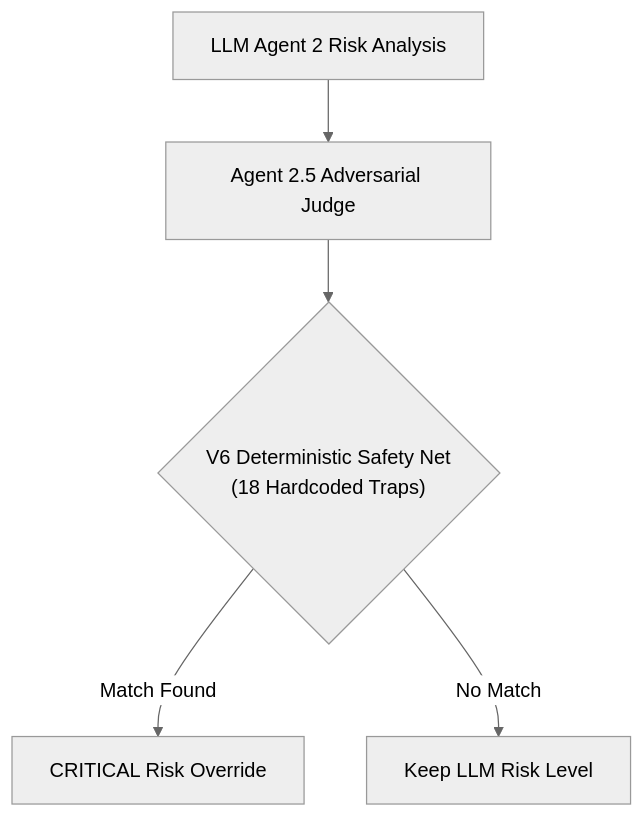
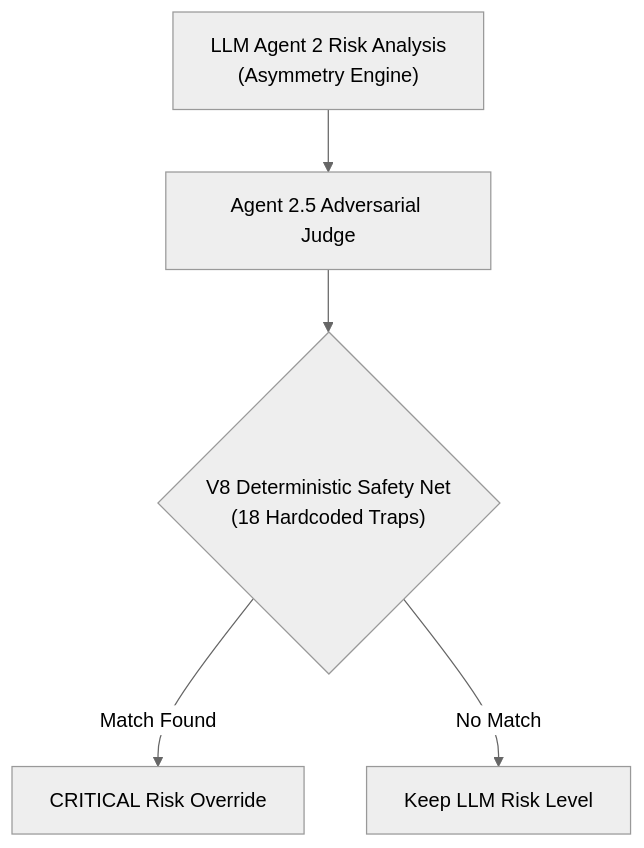
One commit to Aditya2514/LexGuard changed the second of 3 diagrams in README.md. Above: the diagram before and after it, drawn with Mermaid (neutral theme). The commit also changed other lines of this file and 1 other file, not shown here.

Commit message:
docs: Update README and Project Report with V8 architecture details

````diff
--- a/README.md
+++ b/README.md
@@ -76,7 +78,7 @@
 ```mermaid
 graph TD
-    LLM["LLM Agent 2 Risk Analysis"] --> Judge["Agent 2.5 Adversarial Judge"]
-    Judge --> SafetyNet{"V6 Deterministic Safety Net\n(18 Hardcoded Traps)"}
+    LLM["LLM Agent 2 Risk Analysis\n(Asymmetry Engine)"] --> Judge["Agent 2.5 Adversarial Judge"]
+    Judge --> SafetyNet{"V8 Deterministic Safety Net\n(18 Hardcoded Traps)"}
     SafetyNet -->|Match Found| Override["CRITICAL Risk Override"]
     SafetyNet -->|No Match| Keep["Keep LLM Risk Level"]
 ```
````
